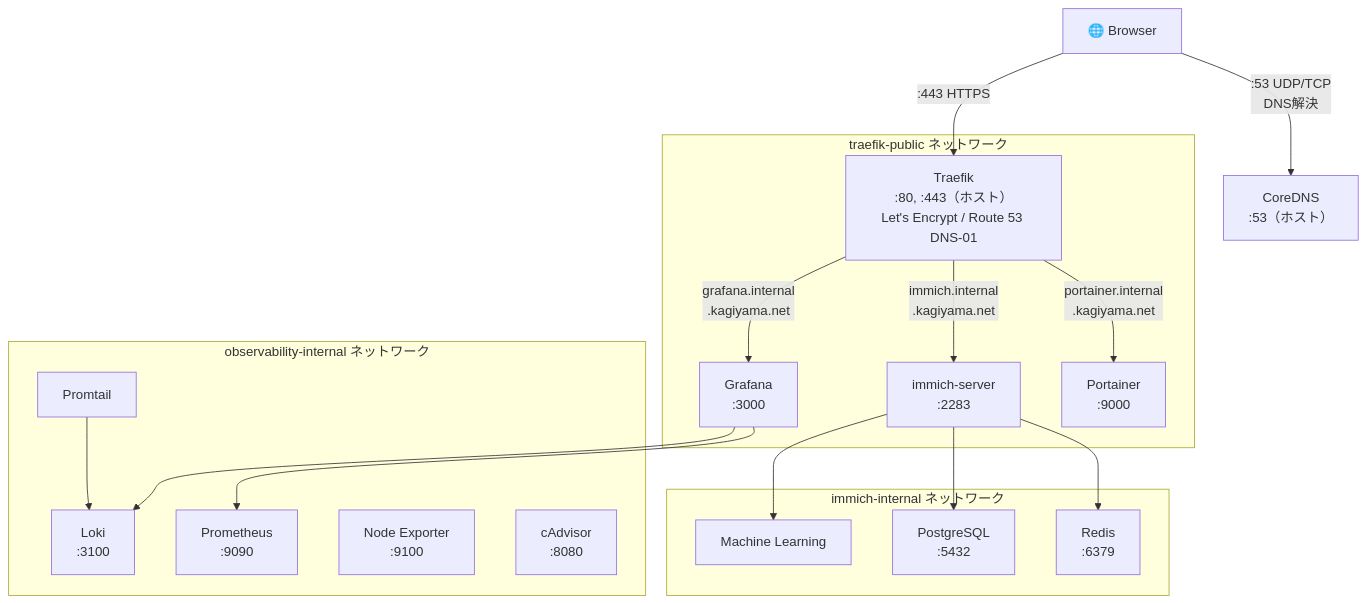
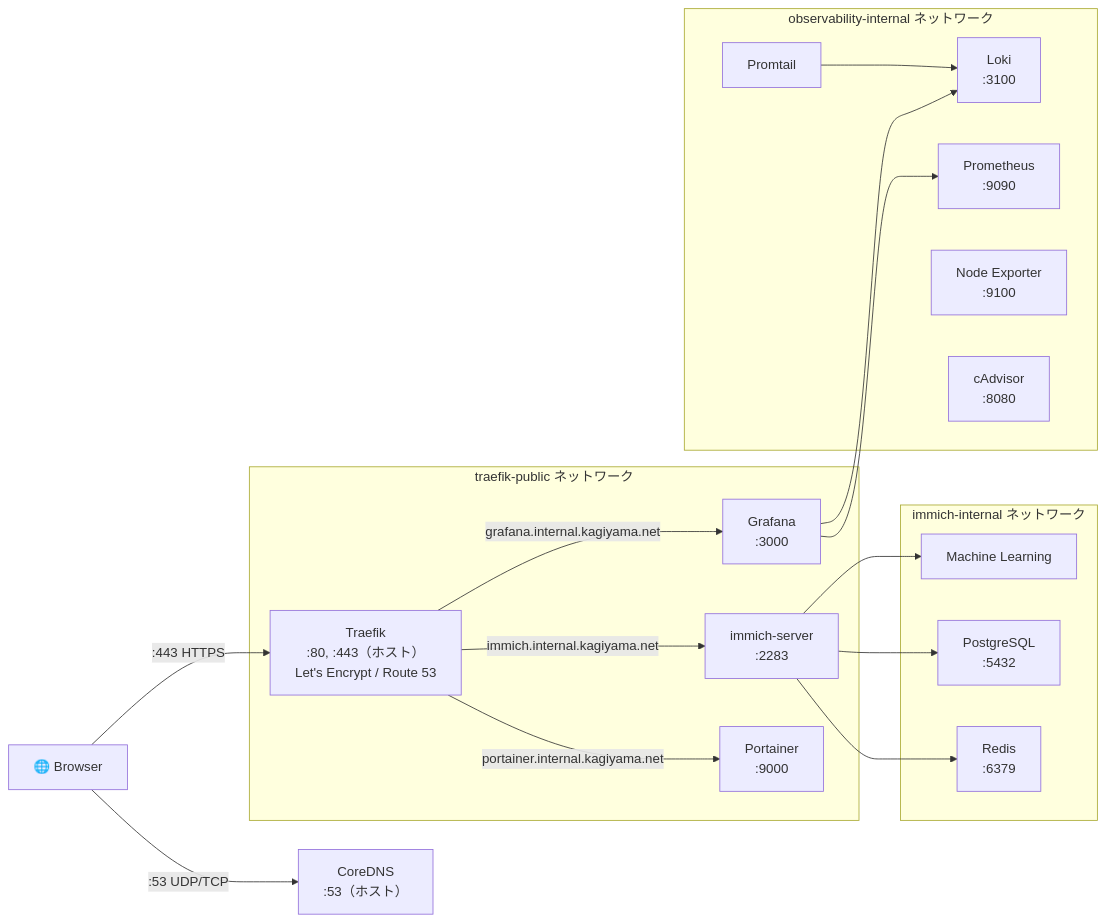
Before and after one commit to kagiyama-baking/internal.kagiyama.net: the diagram in README.md, drawn with Mermaid.

Commit message:
docs: アーキテクチャ図を左→右のレイアウトに変更
Browserを左端に配置し、CoreDNS・Traefik・各サービスが
左から右へ自然に並ぶよう graph LR に変更。

````diff
--- a/README.md
+++ b/README.md
@@ -45,44 +45,42 @@
 ```mermaid
-graph TD
+graph LR
     Browser["🌐 Browser"]
 
-    Browser -->|":53 UDP/TCP<br>DNS解決"| CoreDNS
+    Browser -->|":53 UDP/TCP"| CoreDNS["CoreDNS<br>:53（ホスト）"]
     Browser -->|":443 HTTPS"| Traefik
 
-    CoreDNS["CoreDNS<br>:53（ホスト）"]
-
     subgraph traefik-public["traefik-public ネットワーク"]
-        Traefik["Traefik<br>:80, :443（ホスト）<br>Let's Encrypt / Route 53 DNS-01"]
+        Traefik["Traefik<br>:80, :443（ホスト）<br>Let's Encrypt / Route 53"]
         Portainer["Portainer<br>:9000"]
         ImmichServer["immich-server<br>:2283"]
         Grafana["Grafana<br>:3000"]
     end
 
-    Traefik -->|"portainer.internal<br>.kagiyama.net"| Portainer
-    Traefik -->|"immich.internal<br>.kagiyama.net"| ImmichServer
-    Traefik -->|"grafana.internal<br>.kagiyama.net"| Grafana
+    Traefik -->|"portainer.internal.kagiyama.net"| Portainer
+    Traefik -->|"immich.internal.kagiyama.net"| ImmichServer
+    Traefik -->|"grafana.internal.kagiyama.net"| Grafana
 
     subgraph immich-internal["immich-internal ネットワーク"]
         ImmichServer
         MachineLearning["Machine Learning"]
         Redis["Redis<br>:6379"]
         Postgres["PostgreSQL<br>:5432"]
     end
 
     ImmichServer --> Redis
     ImmichServer --> Postgres
     ImmichServer --> MachineLearning
 
     subgraph observability-internal["observability-internal ネットワーク"]
         Grafana
         Prometheus["Prometheus<br>:9090"]
         Loki["Loki<br>:3100"]
         Promtail["Promtail"]
         NodeExporter["Node Exporter<br>:9100"]
         cAdvisor["cAdvisor<br>:8080"]
     end
 
     Grafana --> Prometheus
     Grafana --> Loki
     Promtail --> Loki
 ```
````
